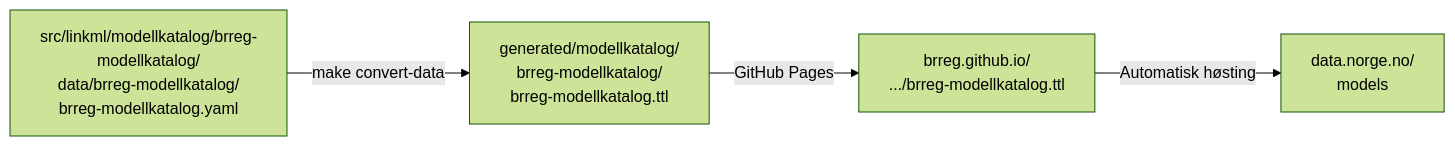
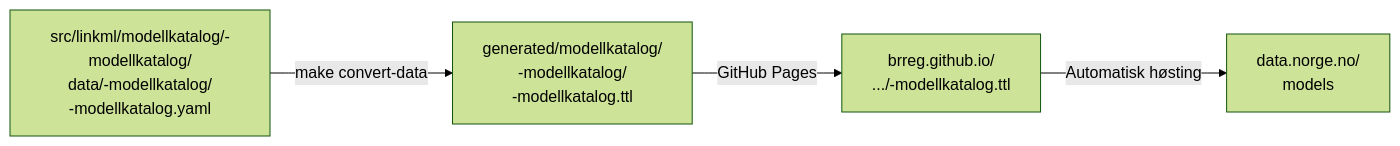
The diagram in mkdocs/docs/publisering/publisering-modell.md (brreg/linkml-datamodellering-no), drawn with Mermaid (forest theme) before and after one commit. The commit also changed other lines of this file and 6 other files, not shown here.

````diff
--- a/mkdocs/docs/publisering/publisering-modell.md
+++ b/mkdocs/docs/publisering/publisering-modell.md
@@ -15,6 +15,6 @@
 ```mermaid
 flowchart LR
-    A["src/linkml/modellkatalog/brreg-modellkatalog/\ndata/brreg-modellkatalog/\nbrreg-modellkatalog.yaml"] -->|make convert-data| B["generated/modellkatalog/\nbrreg-modellkatalog/\nbrreg-modellkatalog.ttl"]
-    B -->|GitHub Pages| C["brreg.github.io/\n.../brreg-modellkatalog.ttl"]
+    A["src/linkml/modellkatalog/<organisasjon>-modellkatalog/\ndata/<organisasjon>-modellkatalog/\n<organisasjon>-modellkatalog.yaml"] -->|make convert-data| B["generated/modellkatalog/\n<organisasjon>-modellkatalog/\n<organisasjon>-modellkatalog.ttl"]
+    B -->|GitHub Pages| C["brreg.github.io/\n.../<organisasjon>-modellkatalog.ttl"]
     C -->|Automatisk høsting| D["data.norge.no/\nmodels"]
 ```
````
